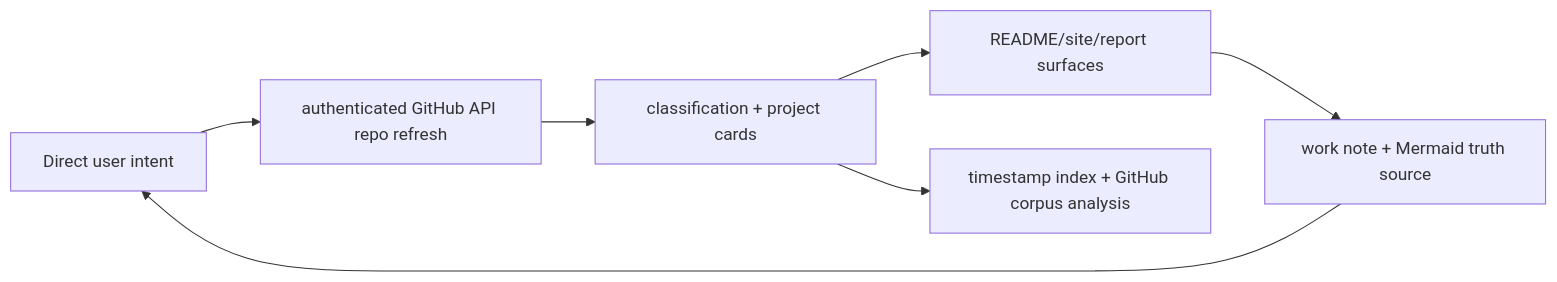
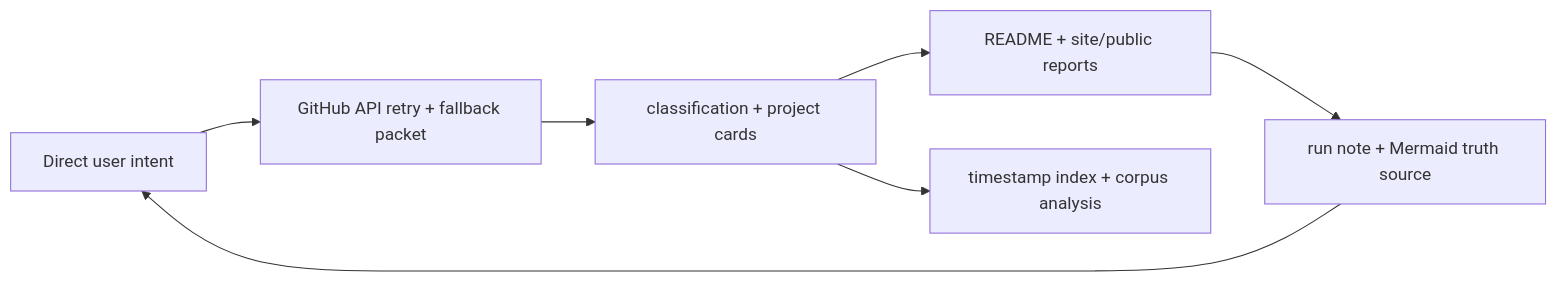
One commit to Shiyao-Huang/awesome-agent-evolution changed the diagram in .mermaid/current/graph.mmd. Above: the diagram before and after it, drawn with Mermaid. The commit also changed 50 other files, not shown here.

Commit message:
chore: refresh hourly public metadata surfaces

```diff
--- a/.mermaid/current/graph.mmd
+++ b/.mermaid/current/graph.mmd
@@ -1,7 +1,7 @@
 flowchart LR
-  intent["Direct user intent"] --> raw["authenticated GitHub API repo refresh"]
+  intent["Direct user intent"] --> raw["GitHub API retry + fallback packet"]
   raw --> processed["classification + project cards"]
-  processed --> results["README/site/report surfaces"]
-  processed --> indexes["timestamp index + GitHub corpus analysis"]
-  results --> note["work note + Mermaid truth source"]
+  processed --> public["README + site/public reports"]
+  processed --> indexes["timestamp index + corpus analysis"]
+  public --> note["run note + Mermaid truth source"]
   note --> intent
```
